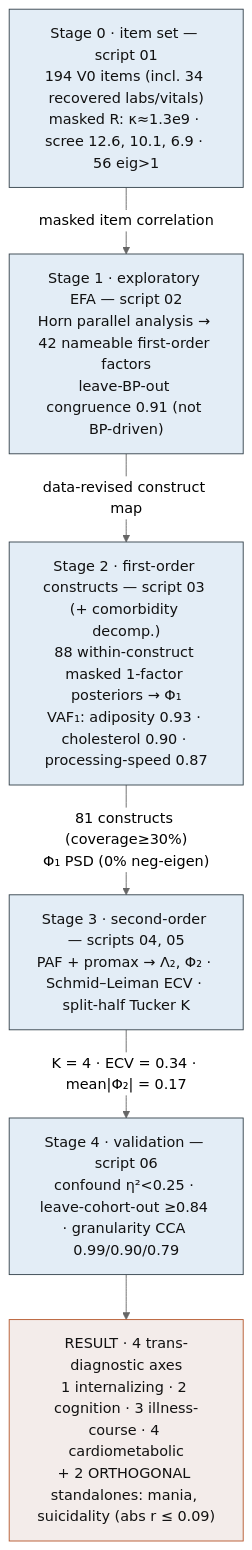
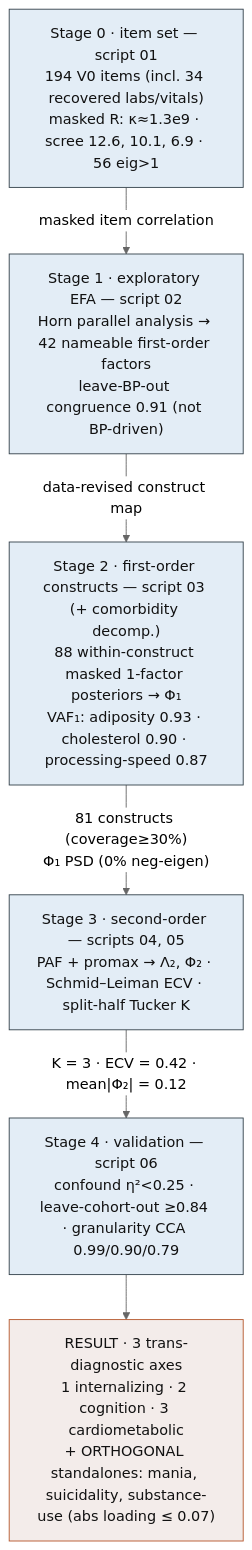
One commit to AndriiKulakovskyi/face-trans-diagnostic-phenotypes changed the sixth of 10 diagrams in docs/PIPELINE.md. Above: the diagram before and after it, drawn with Mermaid (neutral theme). The commit also changed other lines of this file and 24 other files, not shown here.

````diff
--- a/docs/PIPELINE.md
+++ b/docs/PIPELINE.md
@@ -181,16 +181,16 @@
 ```mermaid
 flowchart TB
     classDef model fill:#E3EDF6,stroke:#33414b,color:#111
     classDef out   fill:#F3ECEA,stroke:#B5562B,color:#111
 
     S0["Stage 0 · item set — script 01<br/>194 V0 items (incl. 34 recovered labs/vitals)<br/>masked R: κ≈1.3e9 · scree 12.6, 10.1, 6.9 · 56 eig>1"]:::model
     S0 -->|"masked item correlation"| S1
     S1["Stage 1 · exploratory EFA — script 02<br/>Horn parallel analysis → 42 nameable first-order factors<br/>leave-BP-out congruence 0.91 (not BP-driven)"]:::model
     S1 -->|"data-revised construct map"| S2
     S2["Stage 2 · first-order constructs — script 03 (+ comorbidity decomp.)<br/>88 within-construct masked 1-factor posteriors → Φ₁<br/>VAF₁: adiposity 0.93 · cholesterol 0.90 · processing-speed 0.87"]:::model
     S2 -->|"81 constructs (coverage≥30%)<br/>Φ₁ PSD (0% neg-eigen)"| S3
     S3["Stage 3 · second-order — scripts 04, 05<br/>PAF + promax → Λ₂, Φ₂ · Schmid–Leiman ECV · split-half Tucker K"]:::model
-    S3 -->|"K = 4 · ECV = 0.34 · mean|Φ₂| = 0.17"| S4
+    S3 -->|"K = 3 · ECV = 0.42 · mean|Φ₂| = 0.12"| S4
     S4["Stage 4 · validation — script 06<br/>confound η²<0.25 · leave-cohort-out ≥0.84 · granularity CCA 0.99/0.90/0.79"]:::model
-    S4 --> AX["RESULT · 4 trans-diagnostic axes<br/>1 internalizing · 2 cognition · 3 illness-course · 4 cardiometabolic<br/>+ 2 ORTHOGONAL standalones: mania, suicidality (abs r ≤ 0.09)"]:::out
+    S4 --> AX["RESULT · 3 trans-diagnostic axes<br/>1 internalizing · 2 cognition · 3 cardiometabolic<br/>+ ORTHOGONAL standalones: mania, suicidality, substance-use (abs loading ≤ 0.07)"]:::out
 ```
````
